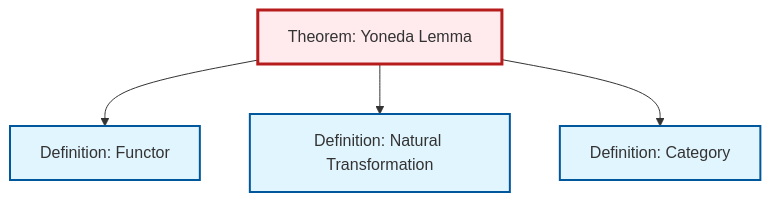
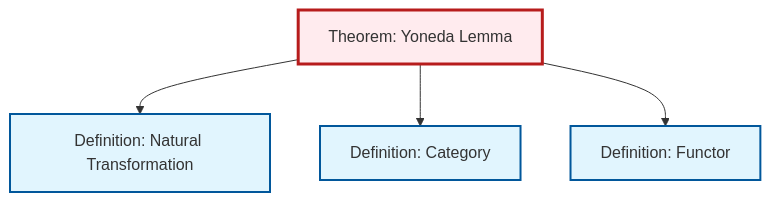
One commit to RK0429/ModernMath changed the diagram in content/en/category-theory/thm-yoneda.qmd. Above: the diagram before and after it, drawn with Mermaid. The commit also changed other lines of this file and 1012 other files, not shown here.

````diff
--- a/content/en/category-theory/thm-yoneda.qmd
+++ b/content/en/category-theory/thm-yoneda.qmd
@@ -88,20 +88,20 @@
 ```{mermaid}
 %%| fig-cap: "Local dependency graph"
 graph TD
     classDef definition fill:#e1f5fe,stroke:#01579b,stroke-width:2px
     classDef theorem fill:#f3e5f5,stroke:#4a148c,stroke-width:2px
     classDef axiom fill:#fff3e0,stroke:#e65100,stroke-width:2px
     classDef example fill:#e8f5e9,stroke:#1b5e20,stroke-width:2px
     classDef current fill:#ffebee,stroke:#b71c1c,stroke-width:3px
+    thm-yoneda["Theorem: Yoneda Lemma"]:::theorem
     def-category["Definition: Category"]:::definition
-    thm-yoneda["Theorem: Yoneda Lemma"]:::theorem
     def-natural-transformation["Definition: Natural Transformation"]:::definition
     def-functor["Definition: Functor"]:::definition
-    thm-yoneda --> def-functor
     thm-yoneda --> def-natural-transformation
     thm-yoneda --> def-category
+    thm-yoneda --> def-functor
     class thm-yoneda current
     click def-category "def-category.html" "Go to Category definition"
     click def-natural-transformation "def-natural-transformation.html" "Go to Natural Transformation definition"
     click def-functor "def-functor.html" "Go to Functor definition"
 ```
````
